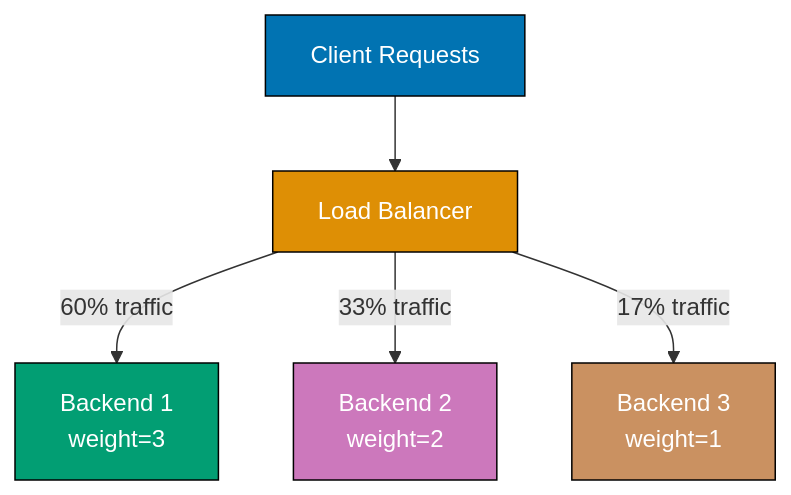
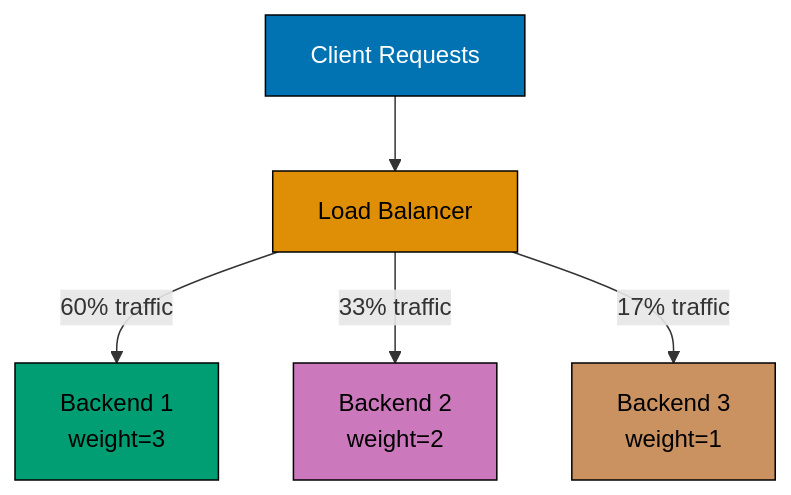
The ninth of 10 diagrams in apps/ayokoding-www/content/en/learn/legacy/software-engineering/networking/by-example/intermediate.md (wahidyankf/ose-public), drawn with Mermaid before and after one commit. The commit also changed other lines of this file and 78 other files, not shown here.

First line of the commit message:
fix(mermaid): bring the remaining legacy software-engineering diagrams onto the accessible palette

````diff
--- a/apps/ayokoding-www/content/en/learn/legacy/software-engineering/networking/by-example/intermediate.md
+++ b/apps/ayokoding-www/content/en/learn/legacy/software-engineering/networking/by-example/intermediate.md
@@ -1653,20 +1696,28 @@
 ```mermaid
 %% Color Palette: Blue #0173B2, Orange #DE8F05, Teal #029E73, Purple #CC78BC, Brown #CA9161
 graph TD
+    accTitle: Example 45: Load Balancing Strategies
+    accDescr: Graph with 5 nodes and 4 connections. Nodes: Client Requests, Load Balancer, Backend 1 weight=3, Backend 2 weight=2, Backend 3 weight=1. Connections: Client Requests to Load Balancer, Load Balancer to Backend 1 weight=3 (60 traffic), Load Balancer to Backend 2 weight=2 (33 traffic), Load Balancer to Backend 3 weight=1 (17 traffic).
     C["Client Requests"]
     LB["Load Balancer"]
     B1["Backend 1<br/>weight=3"]
     B2["Backend 2<br/>weight=2"]
     B3["Backend 3<br/>weight=1"]
 
     C --> LB
     LB -->|"60% traffic"| B1
     LB -->|"33% traffic"| B2
     LB -->|"17% traffic"| B3
 
-    style C fill:#0173B2,stroke:#000,color:#fff
-    style LB fill:#DE8F05,stroke:#000,color:#fff
-    style B1 fill:#029E73,stroke:#000,color:#fff
-    style B2 fill:#CC78BC,stroke:#000,color:#fff
-    style B3 fill:#CA9161,stroke:#000,color:#fff
+    classDef pal-0173B2 fill:#0173B2,stroke:#000000,color:#FFFFFF
+    class C pal-0173B2
+    classDef pal-DE8F05 fill:#DE8F05,stroke:#000000,color:#000000
+    class LB pal-DE8F05
+    classDef pal-029E73 fill:#029E73,stroke:#000000,color:#000000
+    class B1 pal-029E73
+    classDef pal-CC78BC fill:#CC78BC,stroke:#000000,color:#000000
+    class B2 pal-CC78BC
+    classDef pal-CA9161 fill:#CA9161,stroke:#000000,color:#000000
+    class B3 pal-CA9161
+    classDef default fill:#FFFFFF,stroke:#000000,color:#000000
 ```
````
